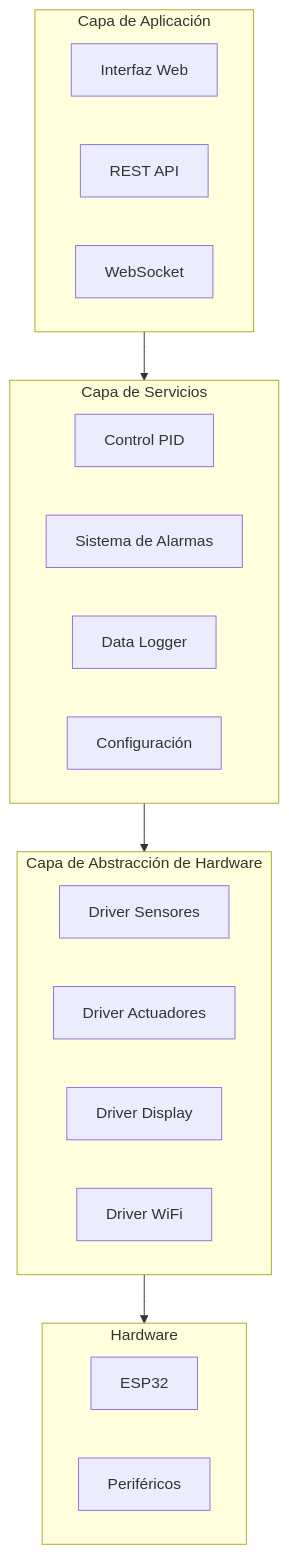
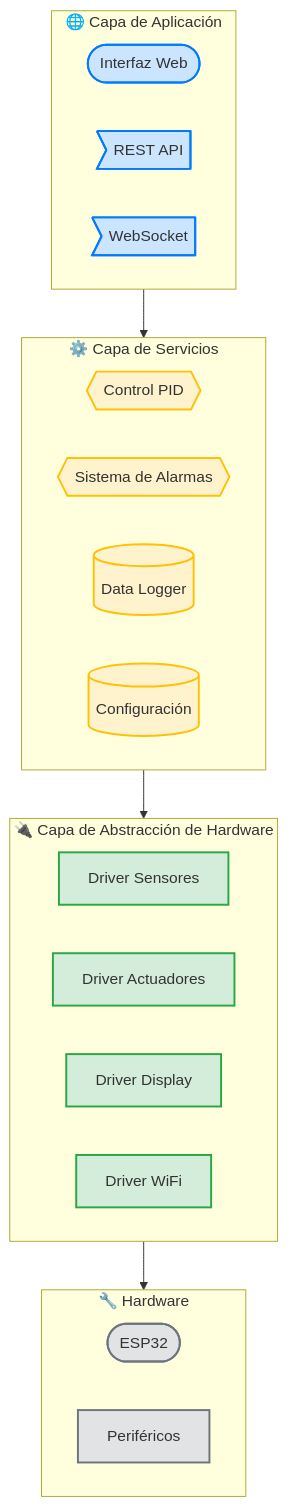
Before and after one commit to medicalopenworld/IncuNest-Docs: the first of 2 diagrams in docs/docs/software/overview.md, drawn with Mermaid. The commit also changed other lines of this file and 11 other files, not shown here.

Commit message:
Update Spanish documentation diagrams to beautiful mermaid style

````diff
--- a/docs/docs/software/overview.md
+++ b/docs/docs/software/overview.md
@@ -16,31 +16,45 @@
 ```mermaid
-flowchart TB
-    subgraph APP["Capa de Aplicación"]
-        WEB[Interfaz Web]
-        API[REST API]
-        WS[WebSocket]
+graph TB
+    subgraph APP ["🌐 Capa de Aplicación"]
+        direction LR
+        WEB([Interfaz Web])
+        API>REST API]
+        WS>WebSocket]
     end
     
-    subgraph SERVICES["Capa de Servicios"]
-        CONTROL[Control PID]
-        ALARM[Sistema de Alarmas]
-        LOG[Data Logger]
-        CONFIG[Configuración]
+    subgraph SERVICES ["⚙️ Capa de Servicios"]
+        direction LR
+        CONTROL{{Control PID}}
+        ALARM{{Sistema de Alarmas}}
+        LOG[(Data Logger)]
+        CONFIG[(Configuración)]
     end
     
-    subgraph HAL["Capa de Abstracción de Hardware"]
+    subgraph HAL ["🔌 Capa de Abstracción de Hardware"]
+        direction LR
         SENSORS[Driver Sensores]
         ACTUATORS[Driver Actuadores]
         DISPLAY[Driver Display]
         NETWORK[Driver WiFi]
     end
     
-    subgraph HW["Hardware"]
-        ESP32[ESP32]
+    subgraph HW ["🔧 Hardware"]
+        direction LR
+        ESP32([ESP32])
         PERIPH[Periféricos]
     end
     
     APP --> SERVICES
     SERVICES --> HAL
     HAL --> HW
+    
+    classDef app fill:#cce5ff,stroke:#007bff,stroke-width:2px
+    classDef services fill:#fff3cd,stroke:#ffc107,stroke-width:2px
+    classDef hal fill:#d4edda,stroke:#28a745,stroke-width:2px
+    classDef hw fill:#e2e3e5,stroke:#6c757d,stroke-width:2px
+    
+    class WEB,API,WS app
+    class CONTROL,ALARM,LOG,CONFIG services
+    class SENSORS,ACTUATORS,DISPLAY,NETWORK hal
+    class ESP32,PERIPH hw
 ```
````
